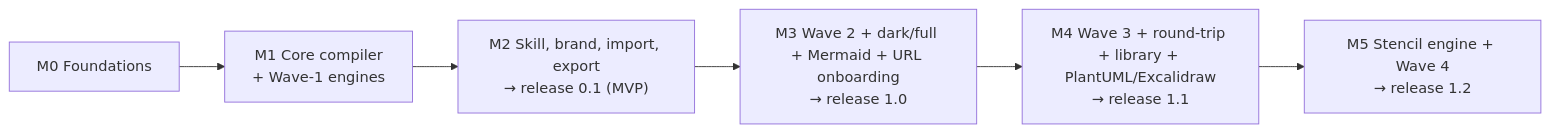
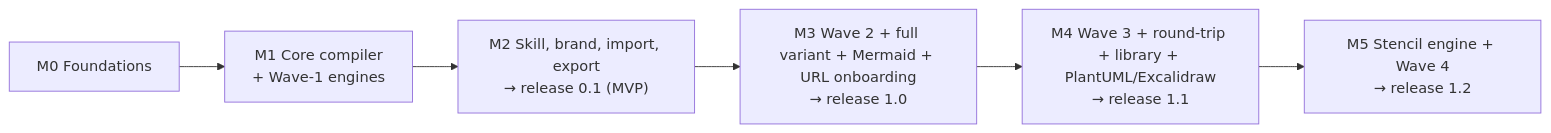
One commit to george4data/draw-design changed diagram 23 of 25 in docs/prd.md. Above: the diagram before and after it, drawn with Mermaid. The commit also changed other lines of this file and 58 other files, not shown here.

First line of the commit message:
refactor: remove dark mode; diagrams use one light palette

````diff
--- a/docs/prd.md
+++ b/docs/prd.md
@@ -2158,8 +2151,8 @@
 ```mermaid
 flowchart LR
     M0["M0 Foundations"] --> M1["M1 Core compiler<br/>+ Wave-1 engines"]
     M1 --> M2["M2 Skill, brand, import, export<br/>→ release 0.1 (MVP)"]
-    M2 --> M3["M3 Wave 2 + dark/full + Mermaid + URL onboarding<br/>→ release 1.0"]
+    M2 --> M3["M3 Wave 2 + full variant + Mermaid + URL onboarding<br/>→ release 1.0"]
     M3 --> M4["M4 Wave 3 + round-trip + library + PlantUML/Excalidraw<br/>→ release 1.1"]
     M4 --> M5["M5 Stencil engine + Wave 4<br/>→ release 1.2"]
 ```
````
